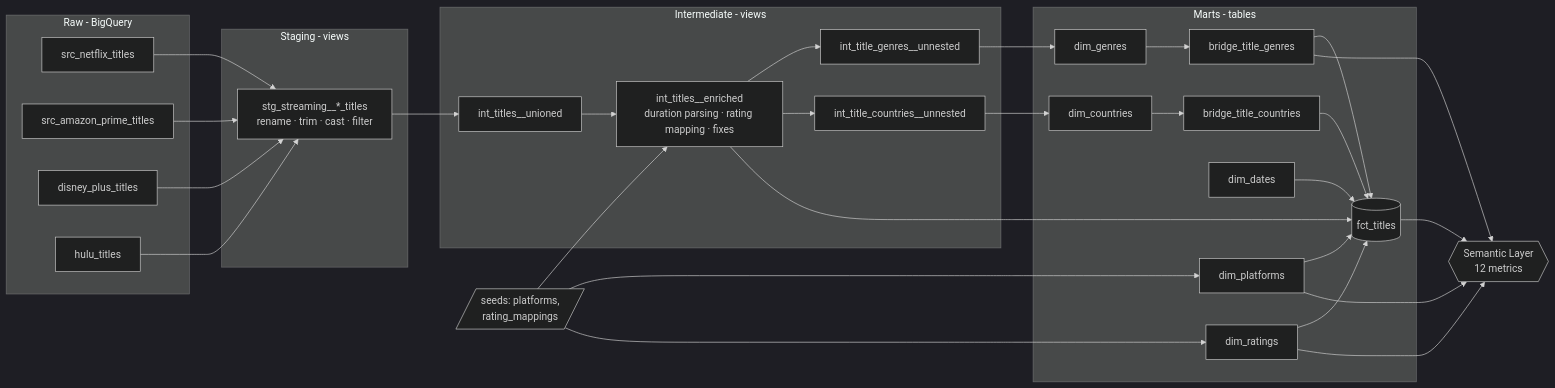
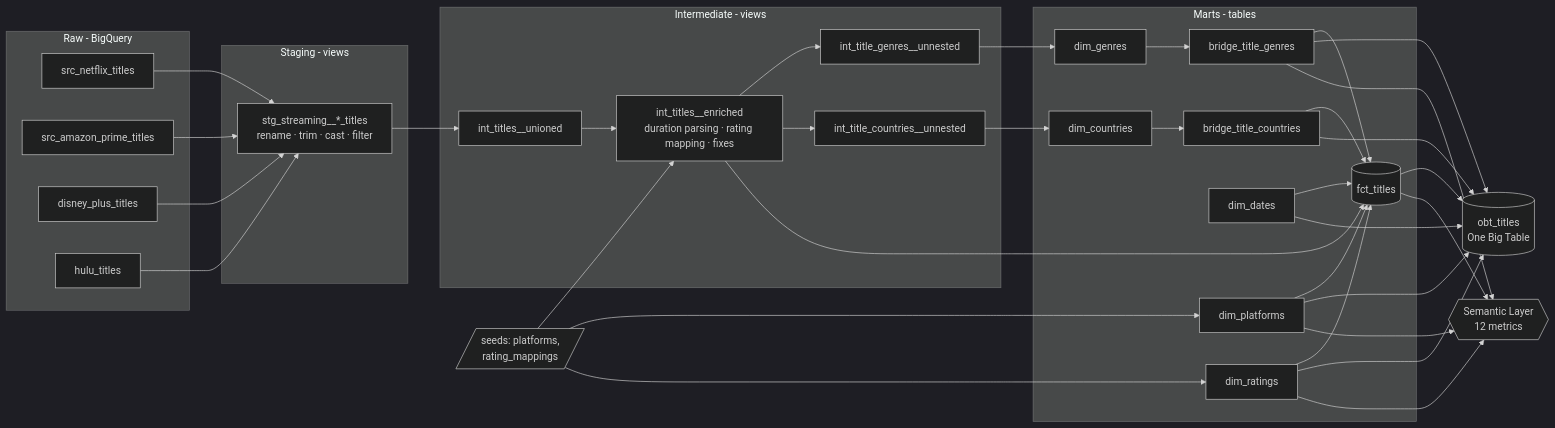
The diagram in README.md (charleschen246/DBT_Stream_Projects), drawn with Mermaid (dark theme) before and after one commit. The commit also changed other lines of this file and 2 other files, not shown here.

Commit message:
add obt_titles

````diff
--- a/README.md
+++ b/README.md
@@ -16,43 +16,45 @@
 ```mermaid
 flowchart LR
     subgraph Sources [Raw - BigQuery]
         S1[src_netflix_titles]
         S2[src_amazon_prime_titles]
         S3[disney_plus_titles]
         S4[hulu_titles]
     end
 
     subgraph Staging [Staging - views]
         STG[stg_streaming__*_titles<br/>rename · trim · cast · filter]
     end
 
     subgraph Intermediate [Intermediate - views]
         U[int_titles__unioned]
         E[int_titles__enriched<br/>duration parsing · rating mapping · fixes]
         G[int_title_genres__unnested]
         C[int_title_countries__unnested]
     end
 
     subgraph Marts [Marts - tables]
         F[(fct_titles)]
         D1[dim_platforms]
         D2[dim_ratings]
         D3[dim_dates]
         D4[dim_genres]
         D5[dim_countries]
         B1[bridge_title_genres]
         B2[bridge_title_countries]
     end
 
+    OBT[(obt_titles<br/>One Big Table)]
     SL{{Semantic Layer<br/>12 metrics}}
     SEEDS[/seeds: platforms,<br/>rating_mappings/]
 
     S1 & S2 & S3 & S4 --> STG --> U --> E
     E --> G & C
     SEEDS --> E & D1 & D2
     G --> D4 --> B1
     C --> D5 --> B2
     E --> F
     D1 & D2 & D3 & B1 & B2 --> F
+    F & D1 & D2 & D3 & B1 & B2 --> OBT
     F & D1 & D2 & B1 --> SL
 ```
````
